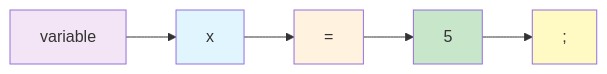
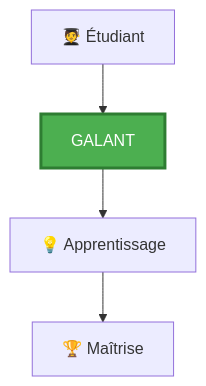
Before and after one commit to Yahia995/galant-compiler: the first of 6 diagrams in ARCHITECTURE.md, drawn with Mermaid. The commit also changed other lines of this file, not shown here.

````diff
--- a/ARCHITECTURE.md
+++ b/ARCHITECTURE.md
@@ -278,13 +46,8 @@
 ```mermaid
-graph LR
-    A["variable"] --> B["x"]
-    B --> C["="]
-    C --> D["5"]
-    D --> E[";"]
+graph TD
+    A[🧑‍🎓 Étudiant] --> B[GALANT]
+    B --> C[💡 Apprentissage]
+    C --> D[🏆 Maîtrise]
     
-    style A fill:#f3e5f5
-    style B fill:#e1f5ff
-    style C fill:#fff3e0
-    style D fill:#c8e6c9
-    style E fill:#fff9c4
+    style B fill:#4CAF50,stroke:#2E7D32,stroke-width:3px,color:#ffffff
 ```
````
